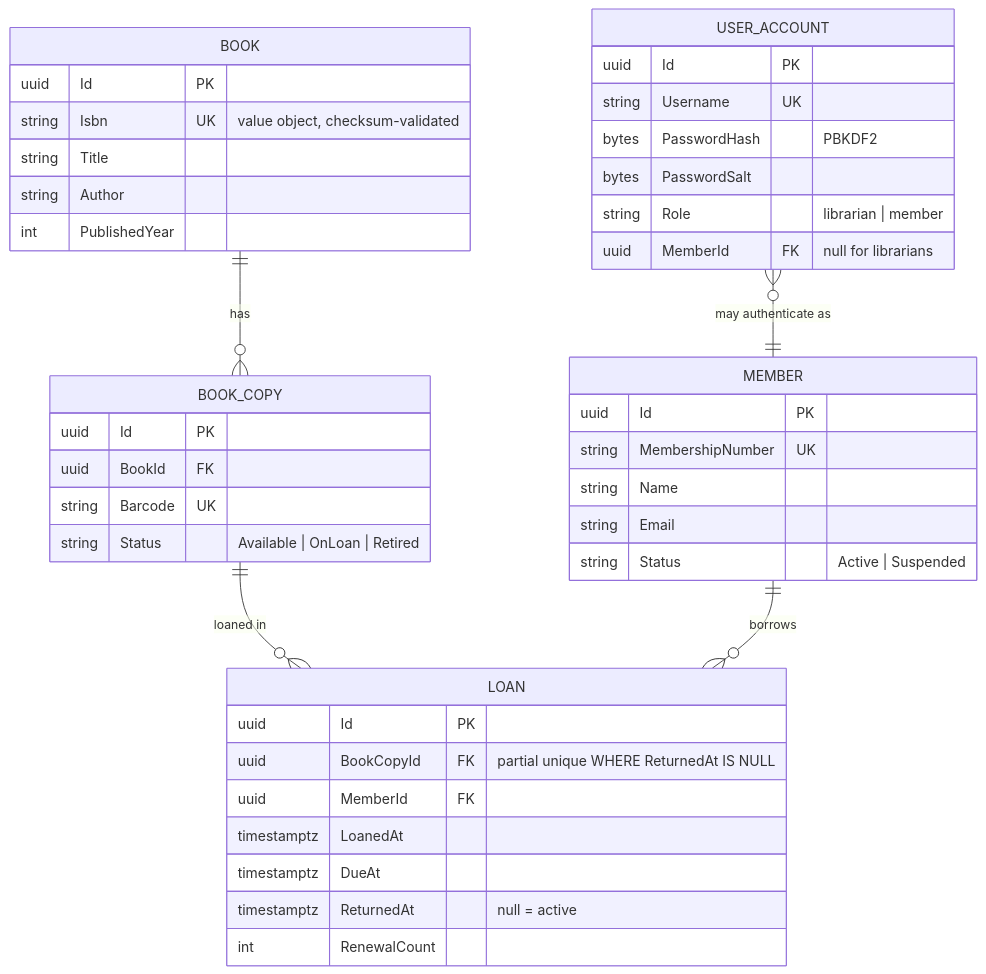
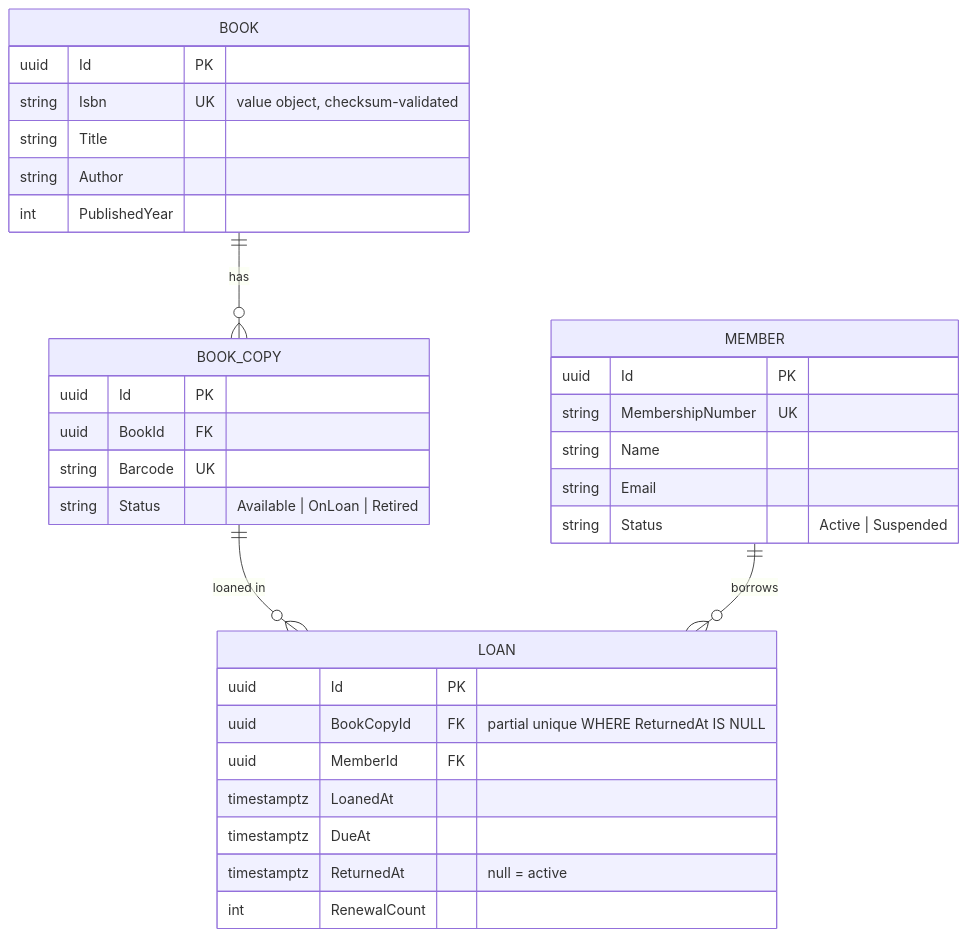
The third of 7 diagrams in docs/ARCHITECTURE.md (Nooziergg/library-loans-api), drawn with Mermaid before and after one commit. The commit also changed other lines of this file and 4 other files, not shown here.

````diff
--- a/docs/ARCHITECTURE.md
+++ b/docs/ARCHITECTURE.md
@@ -98,45 +102,36 @@
 ```mermaid
 erDiagram
     BOOK ||--o{ BOOK_COPY : "has"
     BOOK_COPY ||--o{ LOAN : "loaned in"
     MEMBER ||--o{ LOAN : "borrows"
-    USER_ACCOUNT }o--|| MEMBER : "may authenticate as"
 
     BOOK {
         uuid Id PK
         string Isbn UK "value object, checksum-validated"
         string Title
         string Author
         int PublishedYear
     }
     BOOK_COPY {
         uuid Id PK
         uuid BookId FK
         string Barcode UK
         string Status "Available | OnLoan | Retired"
     }
     MEMBER {
         uuid Id PK
         string MembershipNumber UK
         string Name
         string Email
         string Status "Active | Suspended"
     }
     LOAN {
         uuid Id PK
         uuid BookCopyId FK "partial unique WHERE ReturnedAt IS NULL"
         uuid MemberId FK
         timestamptz LoanedAt
         timestamptz DueAt
         timestamptz ReturnedAt "null = active"
         int RenewalCount
     }
-    USER_ACCOUNT {
-        uuid Id PK
-        string Username UK
-        bytes PasswordHash "PBKDF2"
-        bytes PasswordSalt
-        string Role "librarian | member"
-        uuid MemberId FK "null for librarians"
-    }
 ```
````
